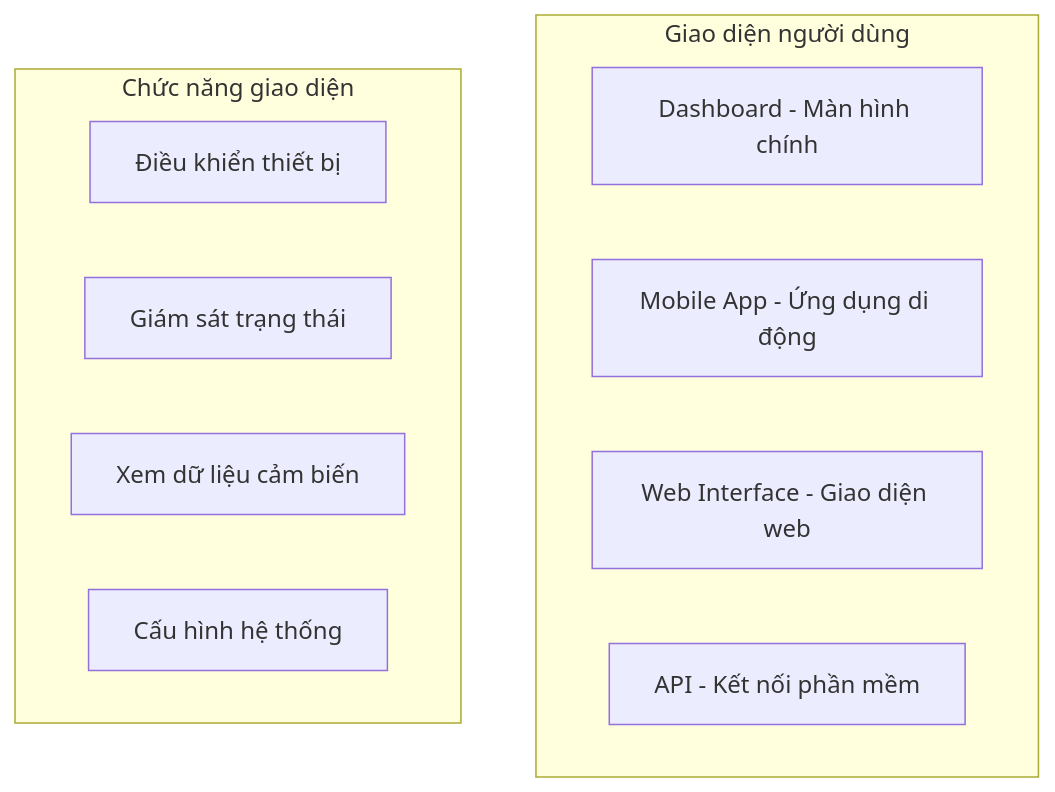
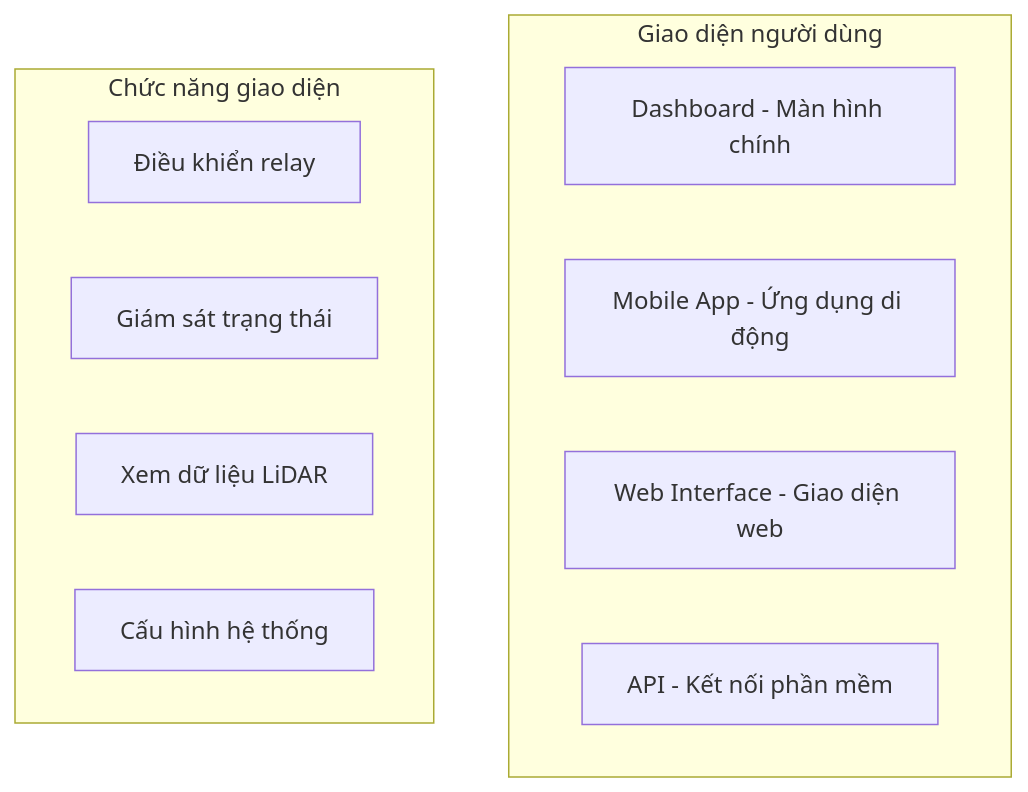
One commit to kimlam2010/OHT_V2 changed the eighth of 9 diagrams in docs/FIRMWARE/04_DOCUMENTATION/FIRMWARE_TINH_NANG_HIEN_TAI.md. Above: the diagram before and after it, drawn with Mermaid. The commit also changed other lines of this file, not shown here.

````diff
--- a/docs/FIRMWARE/04_DOCUMENTATION/FIRMWARE_TINH_NANG_HIEN_TAI.md
+++ b/docs/FIRMWARE/04_DOCUMENTATION/FIRMWARE_TINH_NANG_HIEN_TAI.md
@@ -280,16 +279,16 @@
 ```mermaid
 graph TB
     subgraph "Giao diện người dùng"
         UI1[Dashboard - Màn hình chính]
         UI2[Mobile App - Ứng dụng di động]
         UI3[Web Interface - Giao diện web]
         UI4[API - Kết nối phần mềm]
     end
     
     subgraph "Chức năng giao diện"
-        F1[Điều khiển thiết bị]
+        F1[Điều khiển relay]
         F2[Giám sát trạng thái]
-        F3[Xem dữ liệu cảm biến]
+        F3[Xem dữ liệu LiDAR]
         F4[Cấu hình hệ thống]
     end
 ```
````
